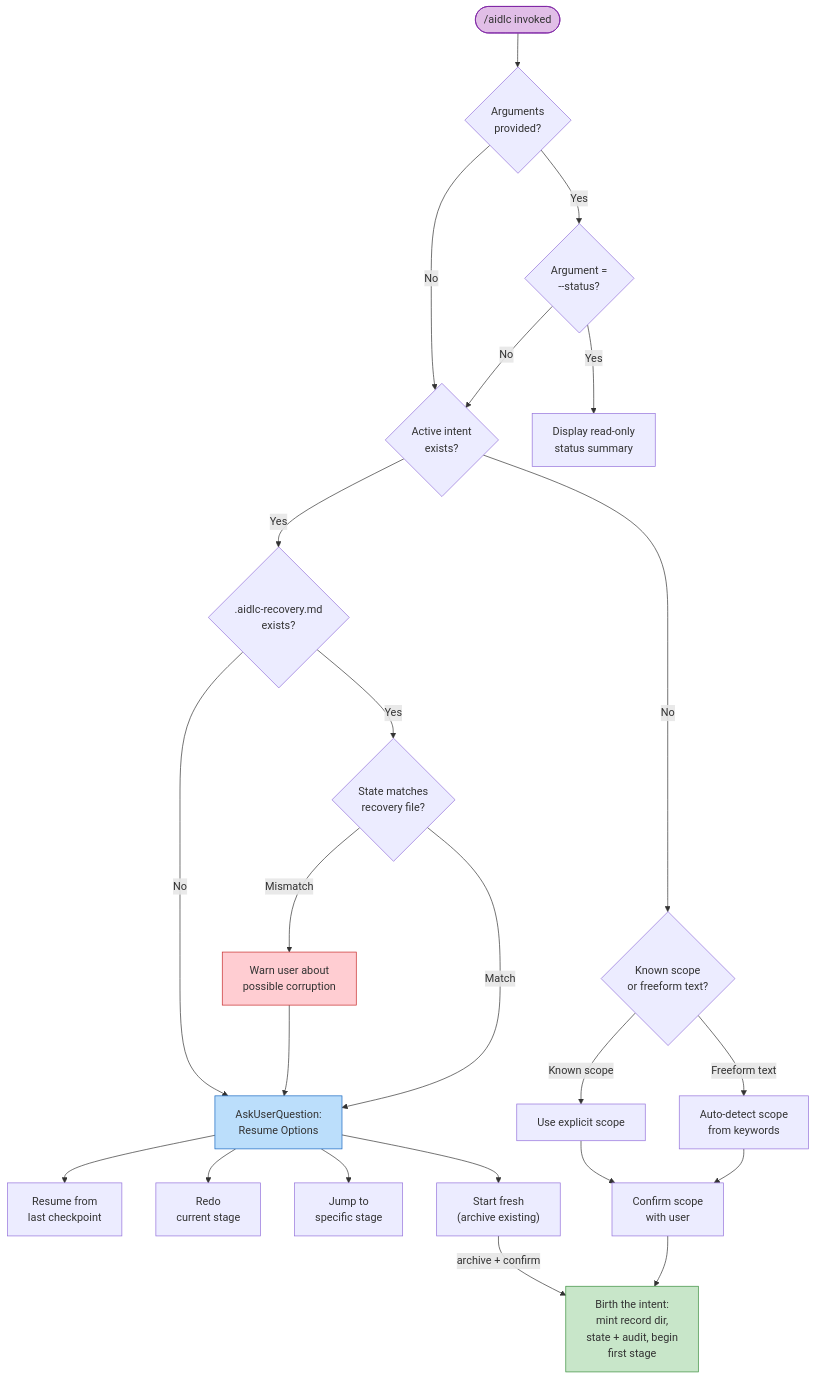
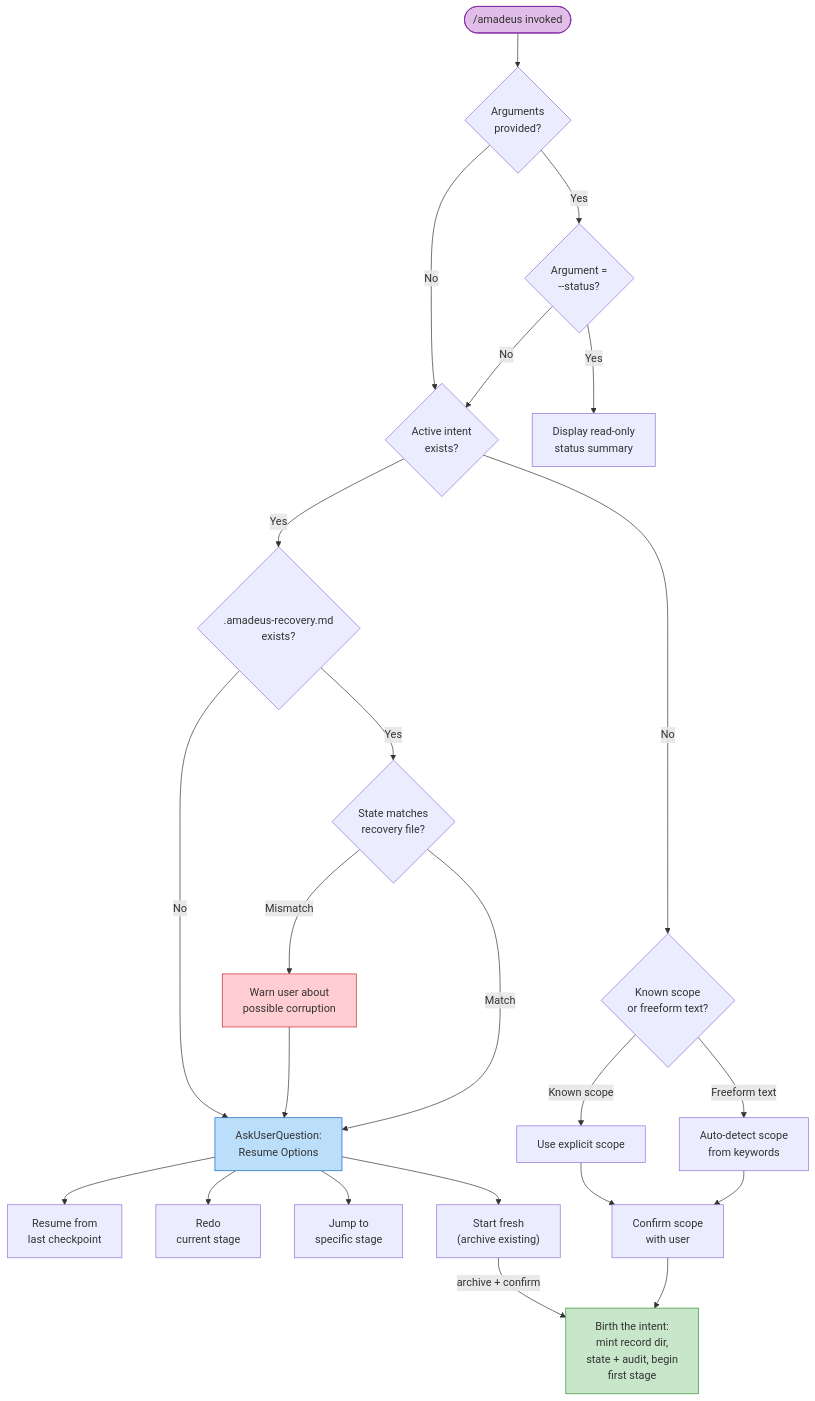
The eighth of 12 diagrams in docs/reference/diagrams.md (amadeus-dlc/amadeus), drawn with Mermaid before and after one commit. The commit also changed other lines of this file and 855 other files, not shown here.

Commit message:
refactor: rename aidlc prefixes to amadeus

````diff
--- a/docs/reference/diagrams.md
+++ b/docs/reference/diagrams.md
@@ -355,54 +355,54 @@
 ```mermaid
 flowchart TD
-    START(["/aidlc invoked"])
+    START(["/amadeus invoked"])
     ARG_CHECK{"Arguments\nprovided?"}
     STATUS_CHECK{"Argument =\n--status?"}
     STATE_EXISTS{"Active intent\nexists?"}
-    RECOVERY_CHECK{".aidlc-recovery.md\nexists?"}
+    RECOVERY_CHECK{".amadeus-recovery.md\nexists?"}
     CORRUPTION{"State matches\nrecovery file?"}
     WARN["Warn user about\npossible corruption"]
 
     RESUME_MENU["AskUserQuestion:\nResume Options"]
     OPT_RESUME["Resume from\nlast checkpoint"]
     OPT_REDO["Redo\ncurrent stage"]
     OPT_JUMP["Jump to\nspecific stage"]
     OPT_FRESH["Start fresh\n(archive existing)"]
 
     STATUS_DISPLAY["Display read-only\nstatus summary"]
     SCOPE_DETECT{"Known scope\nor freeform text?"}
     KNOWN_SCOPE["Use explicit scope"]
     FREEFORM["Auto-detect scope\nfrom keywords"]
     CONFIRM_SCOPE["Confirm scope\nwith user"]
     BIRTH["Birth the intent:\nmint record dir,\nstate + audit, begin\nfirst stage"]
 
     START --> ARG_CHECK
     ARG_CHECK -->|Yes| STATUS_CHECK
     ARG_CHECK -->|No| STATE_EXISTS
 
     STATUS_CHECK -->|Yes| STATUS_DISPLAY
     STATUS_CHECK -->|No| STATE_EXISTS
 
     STATE_EXISTS -->|Yes| RECOVERY_CHECK
     STATE_EXISTS -->|No| SCOPE_DETECT
 
     RECOVERY_CHECK -->|Yes| CORRUPTION
     RECOVERY_CHECK -->|No| RESUME_MENU
     CORRUPTION -->|Mismatch| WARN --> RESUME_MENU
     CORRUPTION -->|Match| RESUME_MENU
 
     RESUME_MENU --> OPT_RESUME
     RESUME_MENU --> OPT_REDO
     RESUME_MENU --> OPT_JUMP
     RESUME_MENU --> OPT_FRESH
 
     OPT_FRESH -->|"archive + confirm"| BIRTH
 
     SCOPE_DETECT -->|"Known scope"| KNOWN_SCOPE --> CONFIRM_SCOPE
     SCOPE_DETECT -->|"Freeform text"| FREEFORM --> CONFIRM_SCOPE
     CONFIRM_SCOPE --> BIRTH
 
     style START fill:#e1bee7,stroke:#7b1fa2
     style RESUME_MENU fill:#bbdefb,stroke:#1565c0
     style BIRTH fill:#c8e6c9,stroke:#388e3c
     style WARN fill:#ffcdd2,stroke:#c62828
 ```
````
